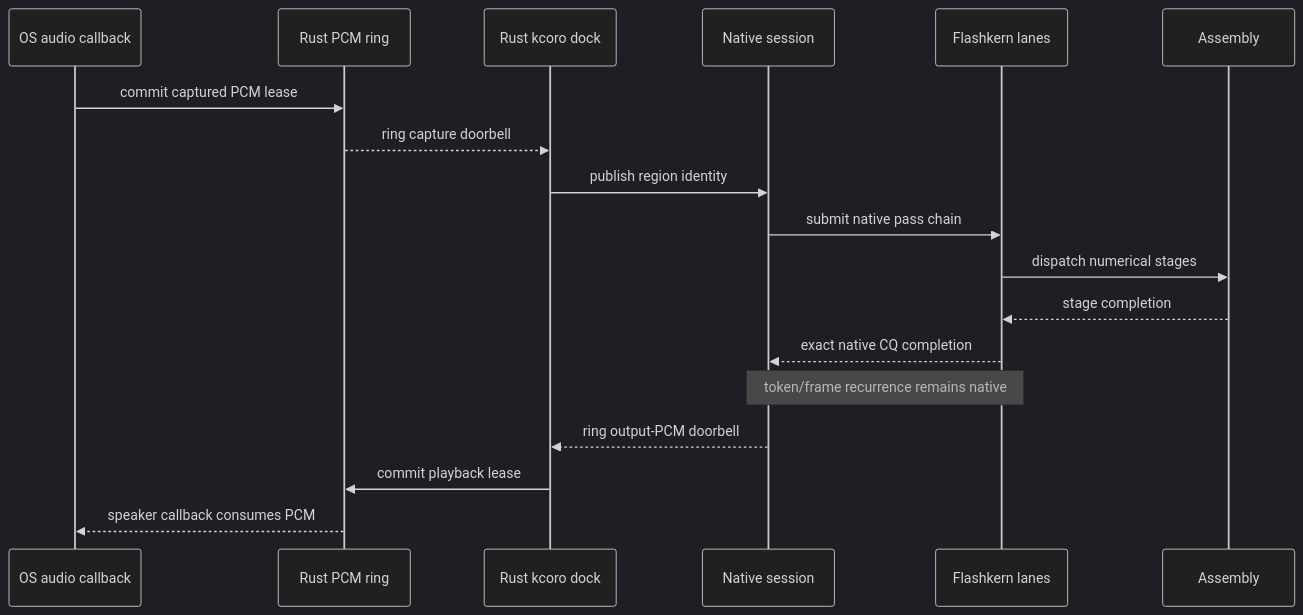
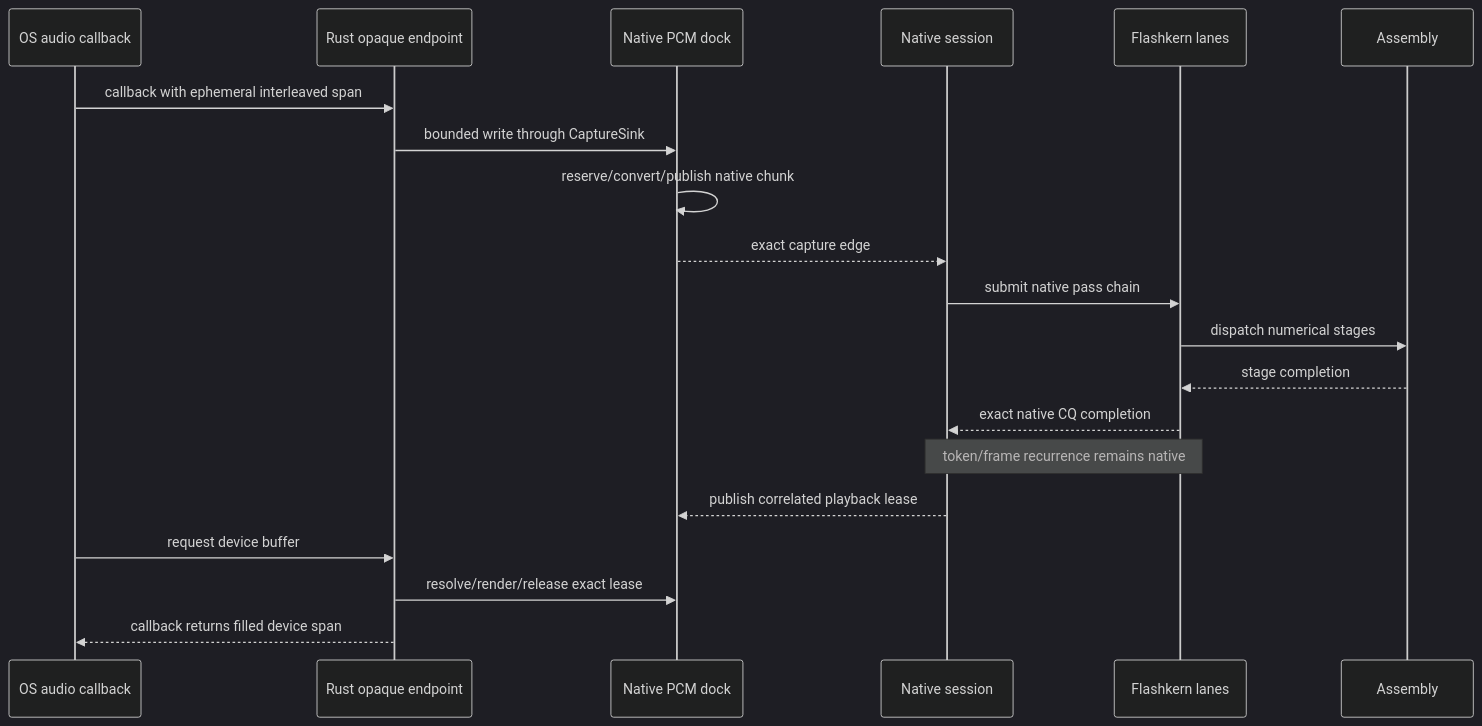
Before and after one commit to SolaceHarmony/emberharmony: the second of 2 diagrams in packages/desktop/src-tauri/src/voice/VOICE_ARCHITECTURE.md, drawn with Mermaid (dark theme). The commit also changed other lines of this file and 98 other files, not shown here.

Commit message:
feat(voice): land native capture and supervision tranche

````diff
--- a/packages/desktop/src-tauri/src/voice/VOICE_ARCHITECTURE.md
+++ b/packages/desktop/src-tauri/src/voice/VOICE_ARCHITECTURE.md
@@ -72,21 +71,23 @@
 ```mermaid
 sequenceDiagram
     participant HAL as OS audio callback
-    participant R as Rust PCM ring
-    participant K as Rust kcoro dock
+    participant R as Rust opaque endpoint
+    participant K as Native PCM dock
     participant N as Native session
     participant F as Flashkern lanes
     participant A as Assembly
 
-    HAL->>R: commit captured PCM lease
-    R-->>K: ring capture doorbell
-    K->>N: publish region identity
+    HAL->>R: callback with ephemeral interleaved span
+    R->>K: bounded write through CaptureSink
+    K->>K: reserve/convert/publish native chunk
+    K-->>N: exact capture edge
     N->>F: submit native pass chain
     F->>A: dispatch numerical stages
     A-->>F: stage completion
     F-->>N: exact native CQ completion
     Note over N,F: token/frame recurrence remains native
-    N-->>K: ring output-PCM doorbell
-    K->>R: commit playback lease
-    R-->>HAL: speaker callback consumes PCM
+    N-->>K: publish correlated playback lease
+    HAL->>R: request device buffer
+    R->>K: resolve/render/release exact lease
+    R-->>HAL: callback returns filled device span
 ```
````
